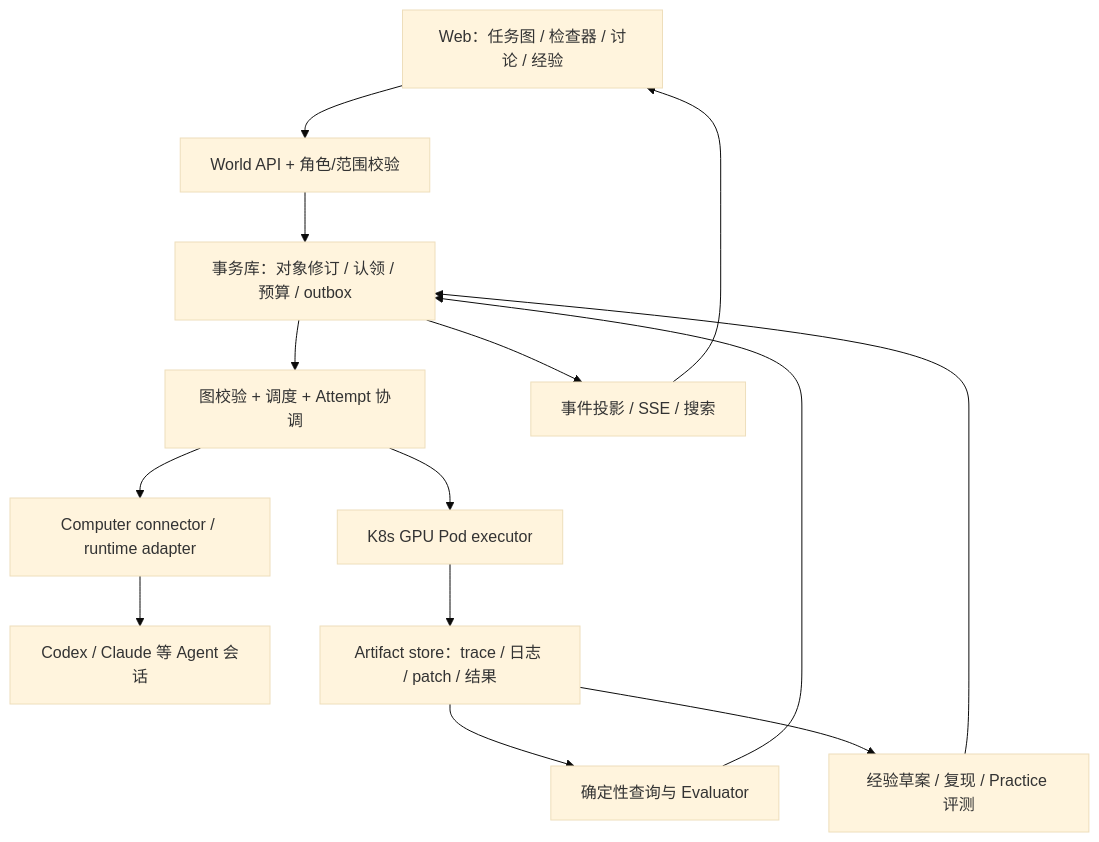
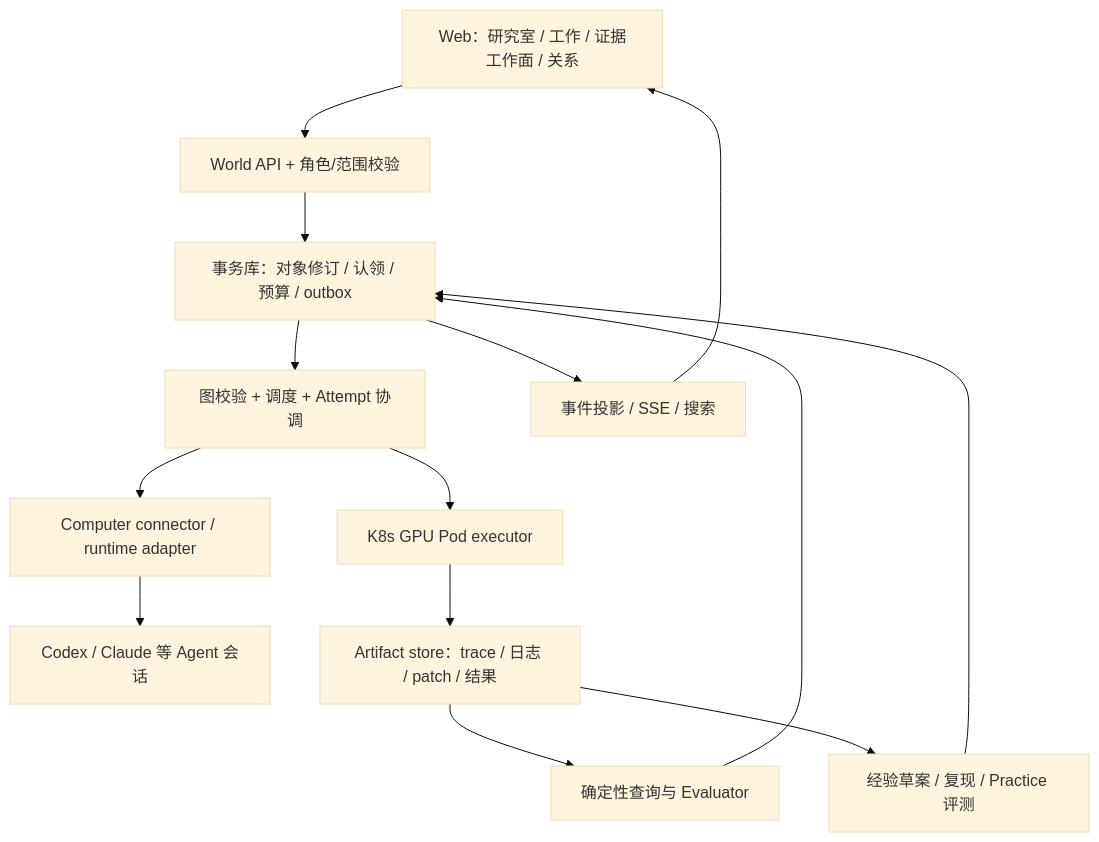
One commit to huangzhilin-hzl/euboulia changed the third of 3 diagrams in docs/inference-world.md. Above: the diagram before and after it, drawn with Mermaid (base theme). The commit also changed other lines of this file and 10 other files, not shown here.

````diff
--- a/docs/inference-world.md
+++ b/docs/inference-world.md
@@ -289,16 +337,16 @@
 ```mermaid
 flowchart TB
-  UI["Web：任务图 / 检查器 / 讨论 / 经验"] --> API["World API + 角色/范围校验"]
+  UI["Web：研究室 / 工作 / 证据工作面 / 关系"] --> API["World API + 角色/范围校验"]
   API --> DB["事务库：对象修订 / 认领 / 预算 / outbox"]
   DB --> ORCH["图校验 + 调度 + Attempt 协调"]
   ORCH --> CON["Computer connector / runtime adapter"]
   CON --> AG["Codex / Claude 等 Agent 会话"]
   ORCH --> GPU["K8s GPU Pod executor"]
   GPU --> ART["Artifact store：trace / 日志 / patch / 结果"]
   ART --> EVAL["确定性查询与 Evaluator"]
   EVAL --> DB
   DB --> EVT["事件投影 / SSE / 搜索"]
   EVT --> UI
   ART --> MEM["经验草案 / 复现 / Practice 评测"]
   MEM --> DB
 ```
````
